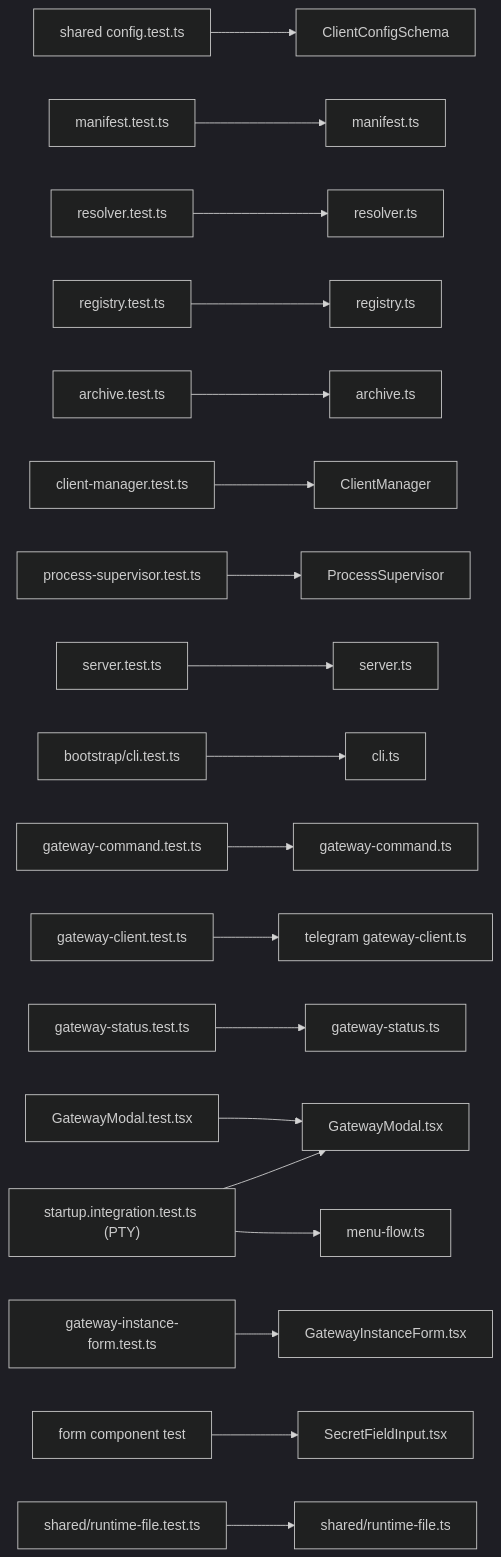
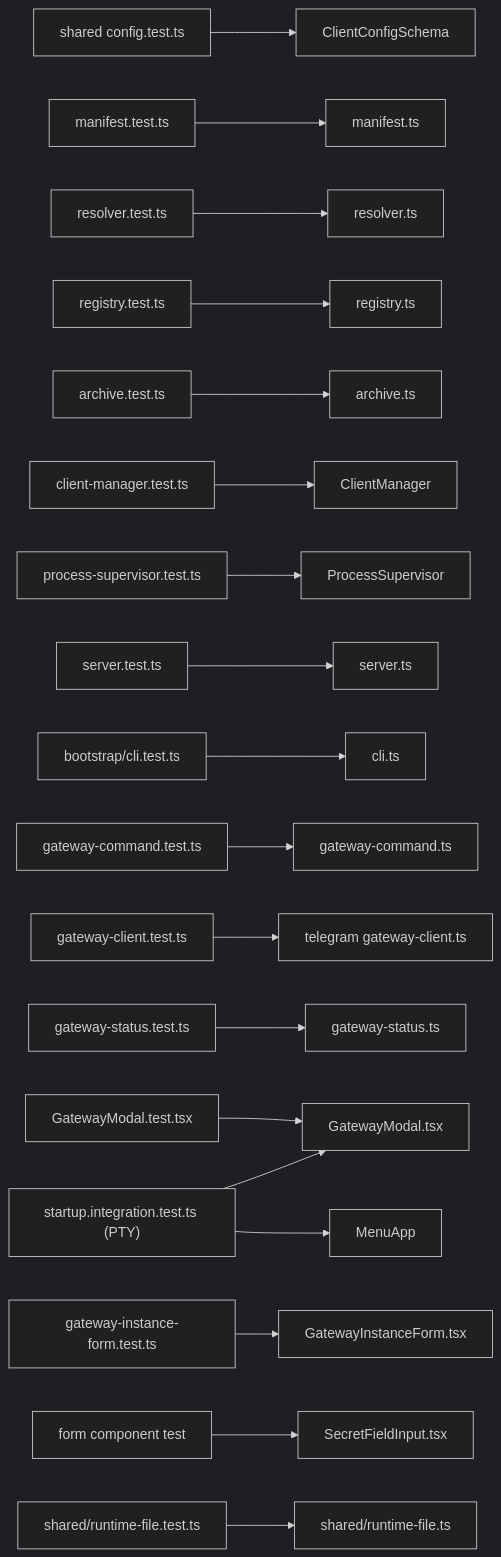
Diagram 12 of 14 in docs/communication/atom_neo_2026-11-14_gateway_client_packaging_graph.md (aokihu/atom_neo), drawn with Mermaid (dark theme) before and after one commit. The commit also changed other lines of this file and 34 other files, not shown here.

Commit message:
docs(menu): finish MenuApp integration and remove plain menu

````diff
--- a/docs/communication/atom_neo_2026-11-14_gateway_client_packaging_graph.md
+++ b/docs/communication/atom_neo_2026-11-14_gateway_client_packaging_graph.md
@@ -576,21 +576,21 @@
 ```mermaid
 graph LR
     SchemaTest["shared config.test.ts"] --> Schema["ClientConfigSchema"]
     ManifestTest["manifest.test.ts"] --> Manifest["manifest.ts"]
     ResolverTest["resolver.test.ts"] --> Resolver["resolver.ts"]
     RegistryTest["registry.test.ts"] --> Registry["registry.ts"]
     ArchiveTest["archive.test.ts"] --> Archive["archive.ts"]
     ManagerTest["client-manager.test.ts"] --> Manager["ClientManager"]
     SupervisorTest["process-supervisor.test.ts"] --> Supervisor["ProcessSupervisor"]
     ServerTest["server.test.ts"] --> Server["server.ts"]
     CliTest["bootstrap/cli.test.ts"] --> Cli["cli.ts"]
     CommandTest["gateway-command.test.ts"] --> Command["gateway-command.ts"]
     TgTest["gateway-client.test.ts"] --> TgClient["telegram gateway-client.ts"]
     UiTest["GatewayModal.test.tsx"] --> Modal["GatewayModal.tsx"]
     StatusTest["gateway-status.test.ts"] --> Status["gateway-status.ts"]
     FormTest["gateway-instance-form.test.ts"] --> Form["GatewayInstanceForm.tsx"]
     SecretTest["form component test"] --> Secret["SecretFieldInput.tsx"]
     RuntimeTest["shared/runtime-file.test.ts"] --> Runtime["shared/runtime-file.ts"]
     PtyTest["startup.integration.test.ts (PTY)"] --> Modal
-    PtyTest --> Menu["menu-flow.ts"]
+    PtyTest --> Menu["MenuApp"]
 ```
````
